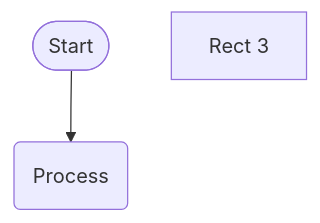
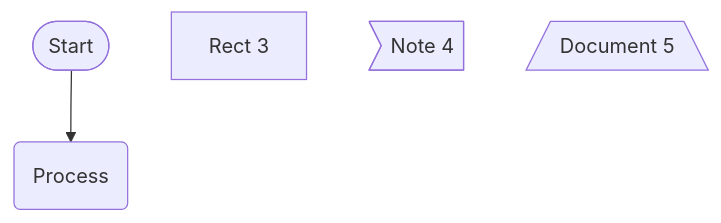
Before and after one commit to pingpm/mermaid_vault: the diagram in mmd/123_a666b39a-0e0e-439d-8019-f0c5ed176eba.mmd, drawn with Mermaid. The commit also changed 3 other files, not shown here.

Commit message:
Sync Mermaid Studio data (20 diagrams)

```diff
--- a/mmd/123_a666b39a-0e0e-439d-8019-f0c5ed176eba.mmd
+++ b/mmd/123_a666b39a-0e0e-439d-8019-f0c5ed176eba.mmd
@@ -1,5 +1,7 @@
 flowchart TD
   n_0(["Start"])
   n_1("Process")
   n_2["Rect 3"]
+  n_3>"Note 4"]
+  n_4[/"Document 5"\]
   n_0 --> n_1
```
